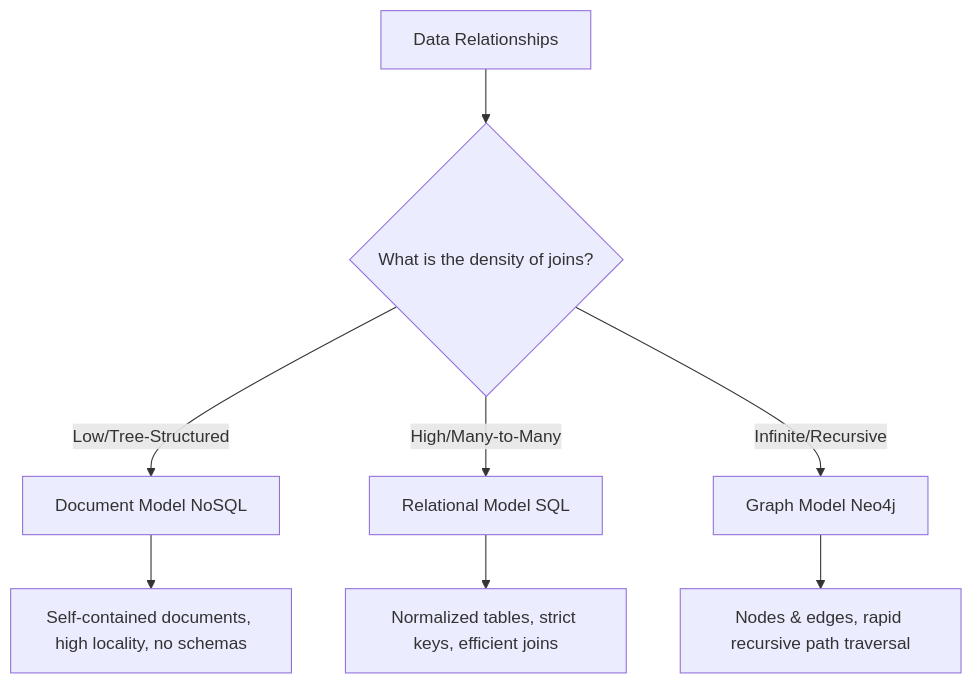
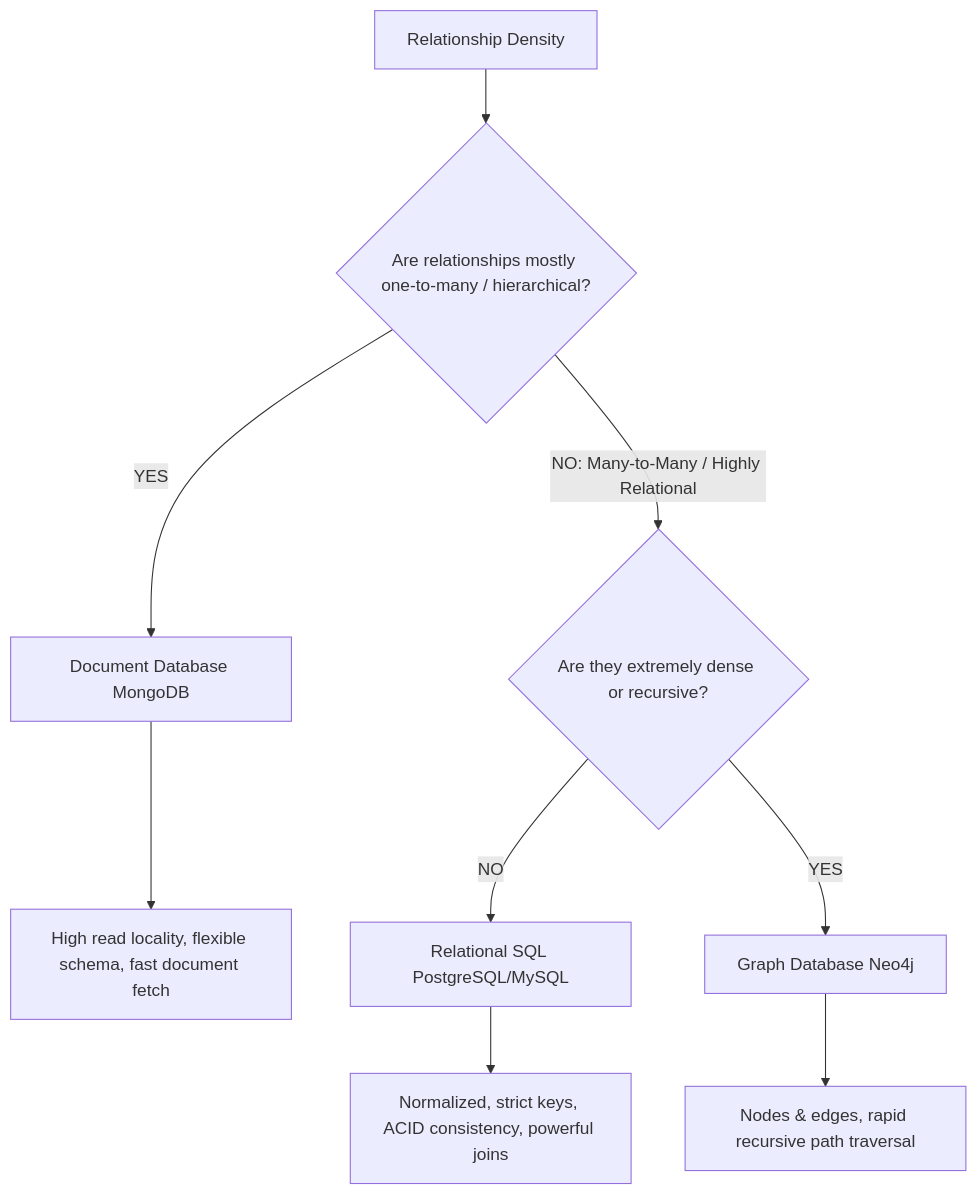
The diagram in chapters/ch2_data_models.md (fredLuv/ddia-gitbook), drawn with Mermaid before and after one commit. The commit also changed other lines of this file and 1 other file, not shown here.

````diff
--- a/chapters/ch2_data_models.md
+++ b/chapters/ch2_data_models.md
@@ -22,12 +24,13 @@
 ```mermaid
 graph TD
-    A[Data Relationships] --> B{What is the density of joins?}
-    B -- Low/Tree-Structured --> C[Document Model NoSQL]
-    C --> D[Self-contained documents, high locality, no schemas]
+    A[Relationship Density] --> B{Are relationships mostly one-to-many / hierarchical?}
+    B -- YES --> C[Document Database MongoDB]
+    C --> D[High read locality, flexible schema, fast document fetch]
     
-    B -- High/Many-to-Many --> E[Relational Model SQL]
-    E --> F[Normalized tables, strict keys, efficient joins]
+    B -- NO: Many-to-Many / Highly Relational --> E{Are they extremely dense or recursive?}
+    E -- NO --> F[Relational SQL PostgreSQL/MySQL]
+    F --> G[Normalized, strict keys, ACID consistency, powerful joins]
     
-    B -- Infinite/Recursive --> G[Graph Model Neo4j]
-    G --> H[Nodes & edges, rapid recursive path traversal]
+    E -- YES --> H[Graph Database Neo4j]
+    H --> I[Nodes & edges, rapid recursive path traversal]
 ```
````
